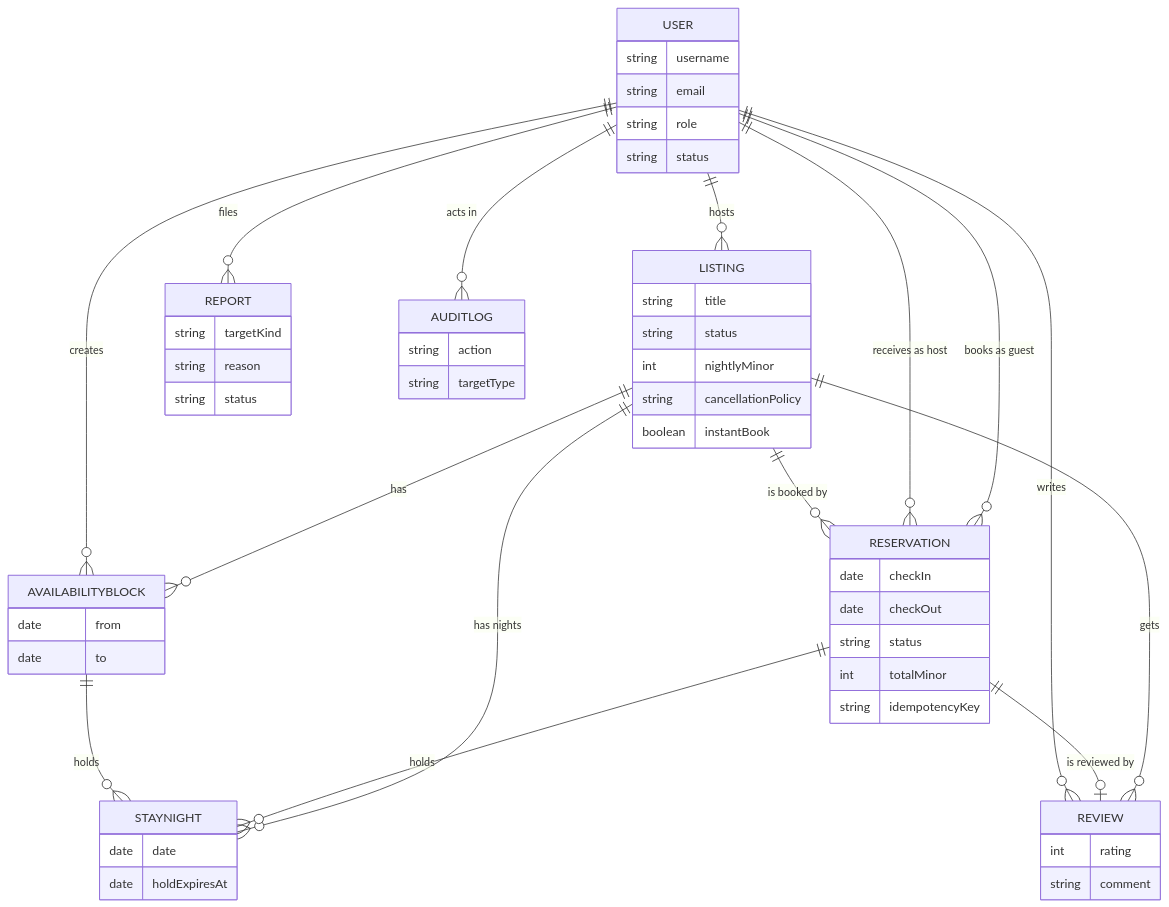
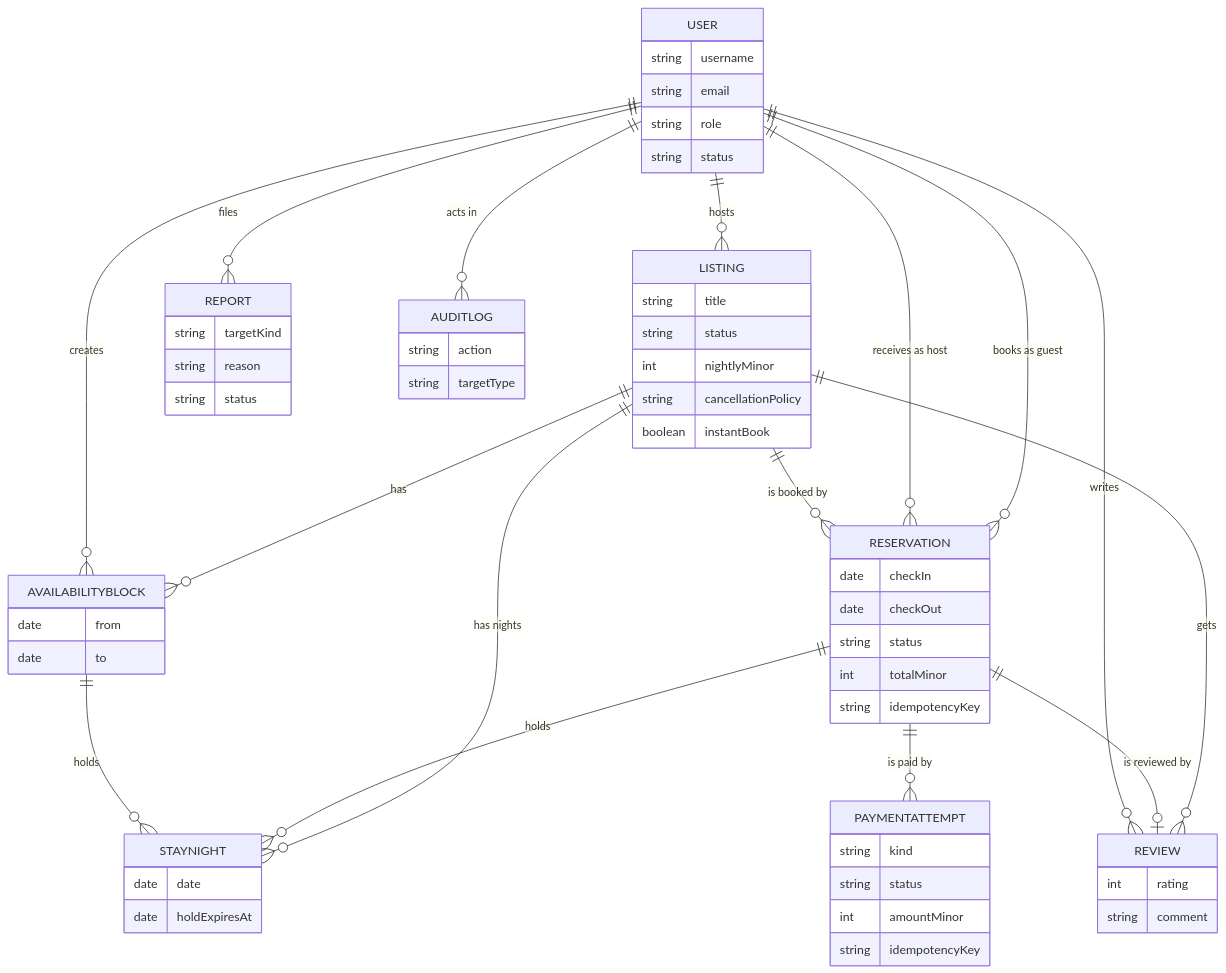
The second of 2 diagrams in README.md (lakshay-aggarwal-codes/Dimora), drawn with Mermaid before and after one commit. The commit also changed other lines of this file and 36 other files, not shown here.

````diff
--- a/README.md
+++ b/README.md
@@ -154,58 +157,65 @@
 ```mermaid
 erDiagram
   USER ||--o{ LISTING : "hosts"
   USER ||--o{ RESERVATION : "books as guest"
   USER ||--o{ RESERVATION : "receives as host"
   LISTING ||--o{ RESERVATION : "is booked by"
   LISTING ||--o{ STAYNIGHT : "has nights"
   RESERVATION ||--o{ STAYNIGHT : "holds"
+  RESERVATION ||--o{ PAYMENTATTEMPT : "is paid by"
   AVAILABILITYBLOCK ||--o{ STAYNIGHT : "holds"
   LISTING ||--o{ AVAILABILITYBLOCK : "has"
   USER ||--o{ AVAILABILITYBLOCK : "creates"
   LISTING ||--o{ REVIEW : "gets"
   RESERVATION ||--o| REVIEW : "is reviewed by"
   USER ||--o{ REVIEW : "writes"
   USER ||--o{ REPORT : "files"
   USER ||--o{ AUDITLOG : "acts in"
   USER {
     string username
     string email
     string role
     string status
   }
   LISTING {
     string title
     string status
     int nightlyMinor
     string cancellationPolicy
     boolean instantBook
   }
   RESERVATION {
     date checkIn
     date checkOut
     string status
     int totalMinor
     string idempotencyKey
   }
   STAYNIGHT {
     date date
     date holdExpiresAt
   }
+  PAYMENTATTEMPT {
+    string kind
+    string status
+    int amountMinor
+    string idempotencyKey
+  }
   AVAILABILITYBLOCK {
     date from
     date to
   }
   REVIEW {
     int rating
     string comment
   }
   REPORT {
     string targetKind
     string reason
     string status
   }
   AUDITLOG {
     string action
     string targetType
   }
 ```
````
